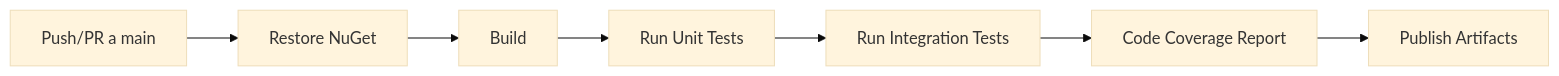
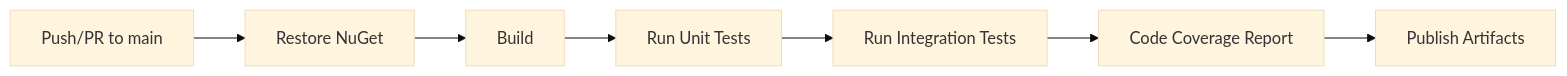
One commit to pablonux/legal-ai-ar changed diagram 11 of 13 in docs/roadmap/F00 - Development Environment and Structure/F00 - W01 - Comprehensive Documentation.md. Above: the diagram before and after it, drawn with Mermaid (base theme). The commit also changed other lines of this file and 8 other files, not shown here.

````diff
--- a/docs/roadmap/F00 - Development Environment and Structure/F00 - W01 - Comprehensive Documentation.md
+++ b/docs/roadmap/F00 - Development Environment and Structure/F00 - W01 - Comprehensive Documentation.md
@@ -987,9 +989,9 @@
 ```mermaid
 graph LR
-    A[Push/PR a main] --> B[Restore NuGet]
+    A[Push/PR to main] --> B[Restore NuGet]
     B --> C[Build]
     C --> D[Run Unit Tests]
     D --> E[Run Integration Tests]
     E --> F[Code Coverage Report]
     F --> G[Publish Artifacts]
 ```
````
